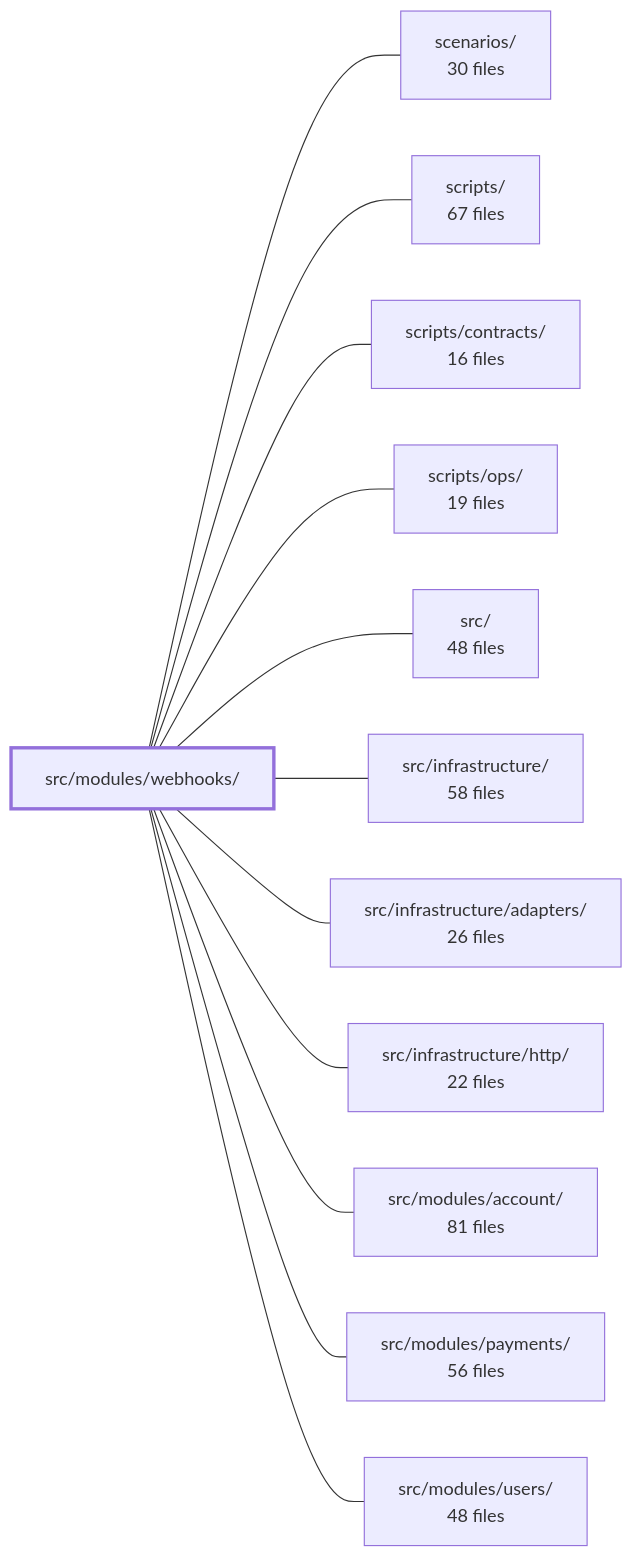
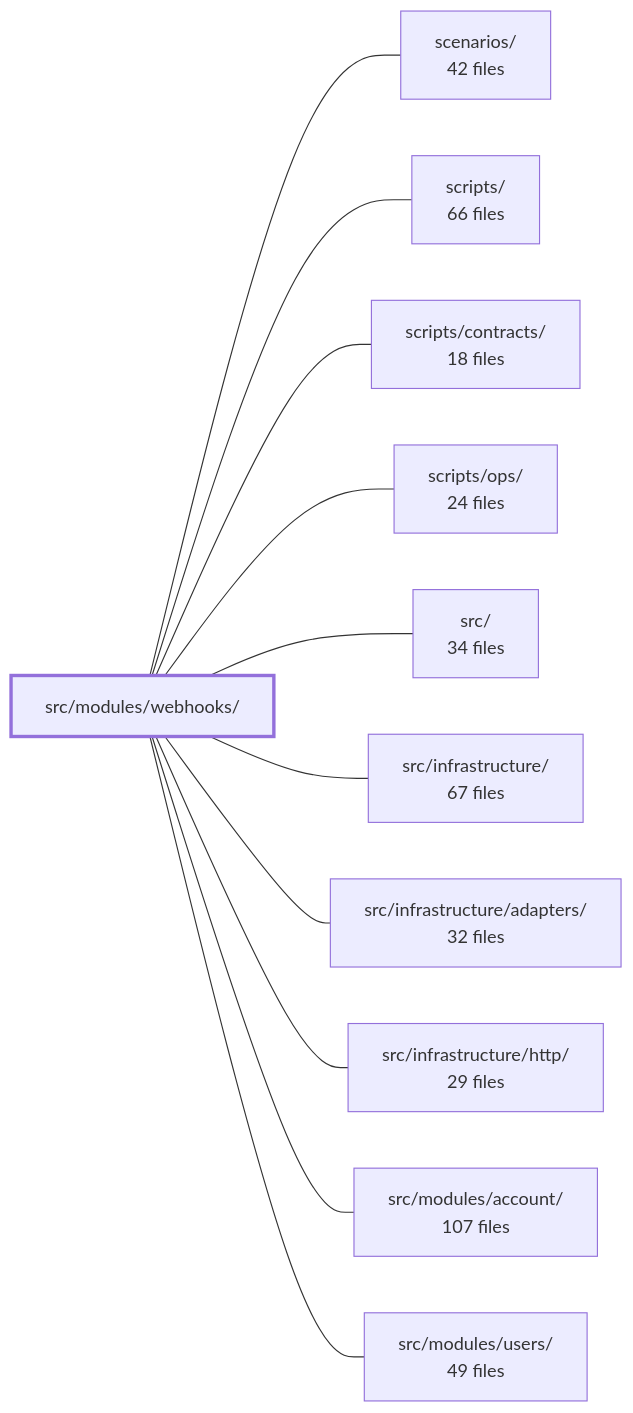
One commit to Guebbit/boilerplate-node-backend changed the diagram in .2brain/modules/boilerplate-node-backend_src_modules_webhooks.md. Above: the diagram before and after it, drawn with Mermaid. The commit also changed other lines of this file and 106 other files, not shown here.

````diff
--- a/.2brain/modules/boilerplate-node-backend_src_modules_webhooks.md
+++ b/.2brain/modules/boilerplate-node-backend_src_modules_webhooks.md
@@ -50,27 +44,25 @@
 ```mermaid
 flowchart LR
     m_src_modules_webhooks["src/modules/webhooks/"]
-    m_scenarios["scenarios/<br/>30 files"]
-    m_scripts["scripts/<br/>67 files"]
-    m_scripts_contracts["scripts/contracts/<br/>16 files"]
-    m_scripts_ops["scripts/ops/<br/>19 files"]
-    m_src["src/<br/>48 files"]
-    m_src_infrastructure["src/infrastructure/<br/>58 files"]
-    m_src_infrastructure_adapters["src/infrastructure/adapters/<br/>26 files"]
-    m_src_infrastructure_http["src/infrastructure/http/<br/>22 files"]
-    m_src_modules_account["src/modules/account/<br/>81 files"]
-    m_src_modules_payments["src/modules/payments/<br/>56 files"]
-    m_src_modules_users["src/modules/users/<br/>48 files"]
+    m_scenarios["scenarios/<br/>42 files"]
+    m_scripts["scripts/<br/>66 files"]
+    m_scripts_contracts["scripts/contracts/<br/>18 files"]
+    m_scripts_ops["scripts/ops/<br/>24 files"]
+    m_src["src/<br/>34 files"]
+    m_src_infrastructure["src/infrastructure/<br/>67 files"]
+    m_src_infrastructure_adapters["src/infrastructure/adapters/<br/>32 files"]
+    m_src_infrastructure_http["src/infrastructure/http/<br/>29 files"]
+    m_src_modules_account["src/modules/account/<br/>107 files"]
+    m_src_modules_users["src/modules/users/<br/>49 files"]
     m_src_modules_webhooks --- m_scenarios
     m_src_modules_webhooks --- m_scripts
     m_src_modules_webhooks --- m_scripts_contracts
     m_src_modules_webhooks --- m_scripts_ops
     m_src_modules_webhooks --- m_src
     m_src_modules_webhooks --- m_src_infrastructure
     m_src_modules_webhooks --- m_src_infrastructure_adapters
     m_src_modules_webhooks --- m_src_infrastructure_http
     m_src_modules_webhooks --- m_src_modules_account
-    m_src_modules_webhooks --- m_src_modules_payments
     m_src_modules_webhooks --- m_src_modules_users
     style m_src_modules_webhooks stroke-width:3px
 ```
````
